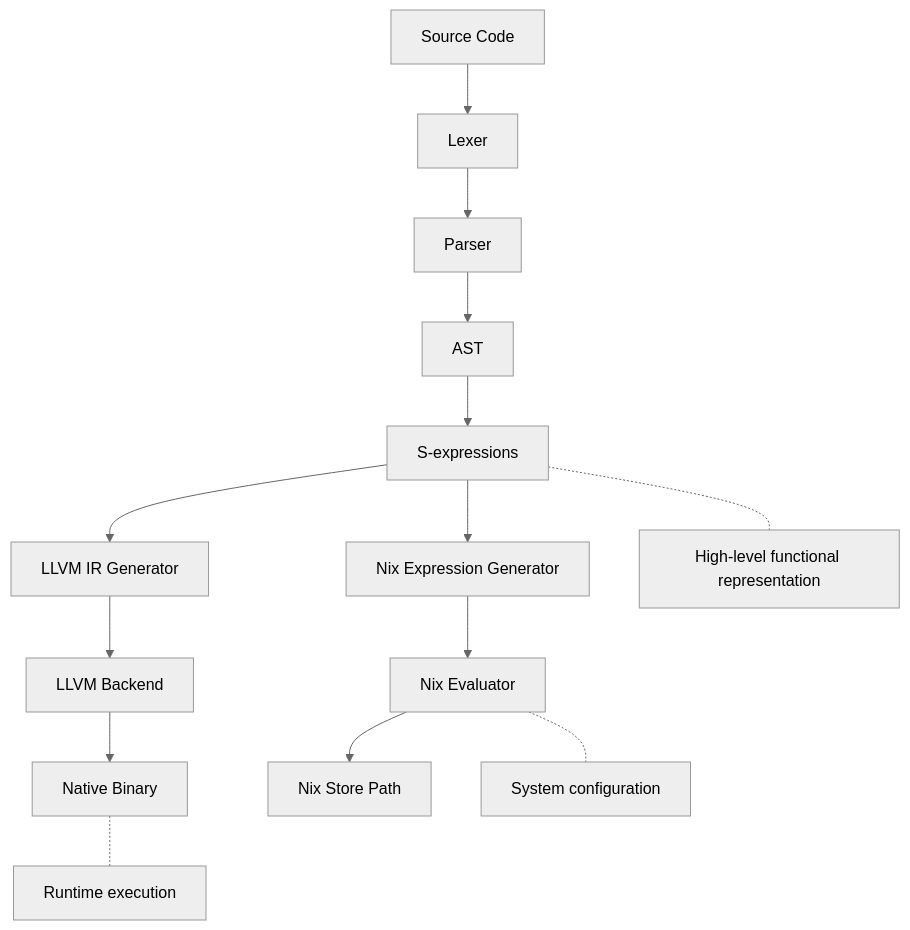
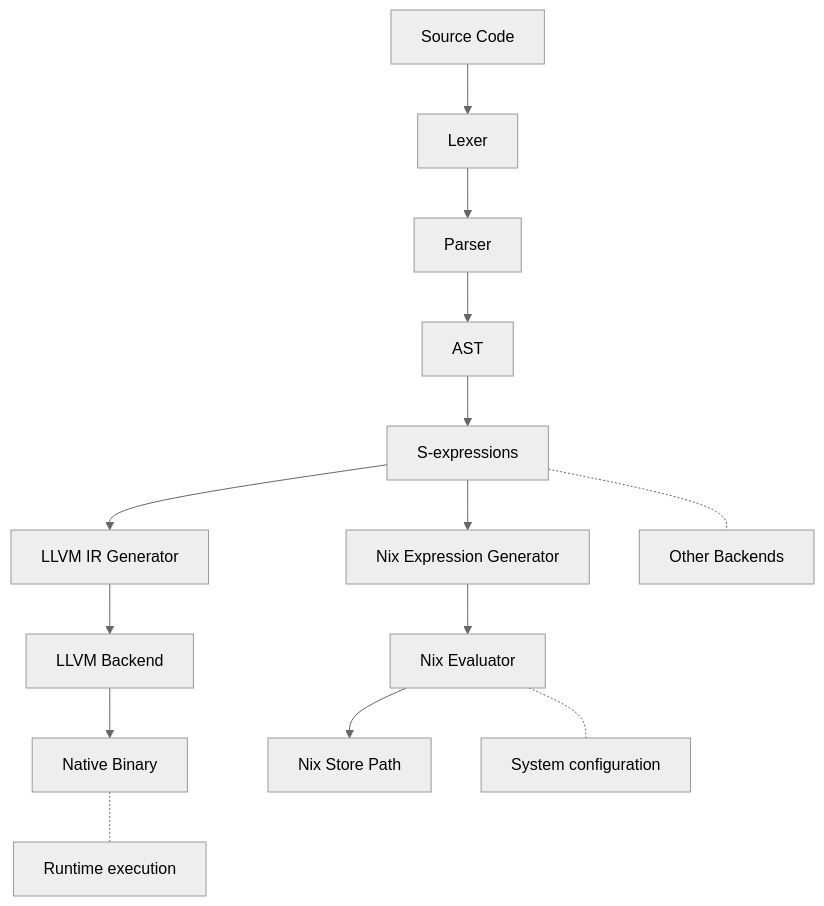
Before and after one commit to jowi-dev/arcane: the diagram in README.md, drawn with Mermaid (neutral theme).

````diff
--- a/README.md
+++ b/README.md
@@ -9,24 +9,24 @@
 ```mermaid
 flowchart TD
     A[Source Code] --> B[Lexer]
     B --> C[Parser]
     C --> D[AST]
     D --> E[S-expressions]
     
     E --> F[LLVM IR Generator]
     E --> G[Nix Expression Generator]
     
     F --> H[LLVM Backend]
     G --> I[Nix Evaluator]
     
     H --> J[Native Binary]
     I --> K[Nix Store Path]
 
-    note1[High-level functional representation]
+    note1[Other Backends]
     note2[System configuration]
     note3[Runtime execution]
     
     E -.- note1
     I -.- note2
     J -.- note3
 ```
````
